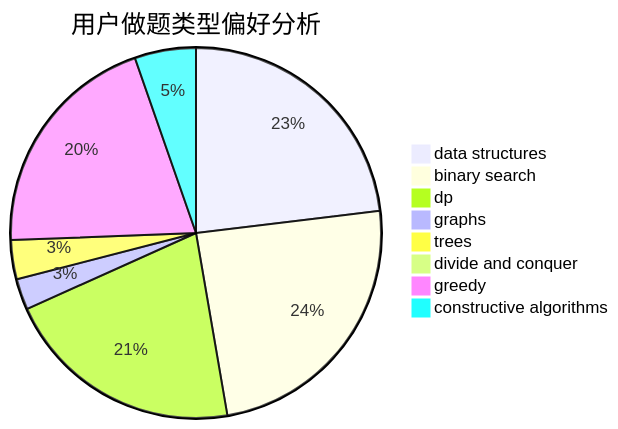
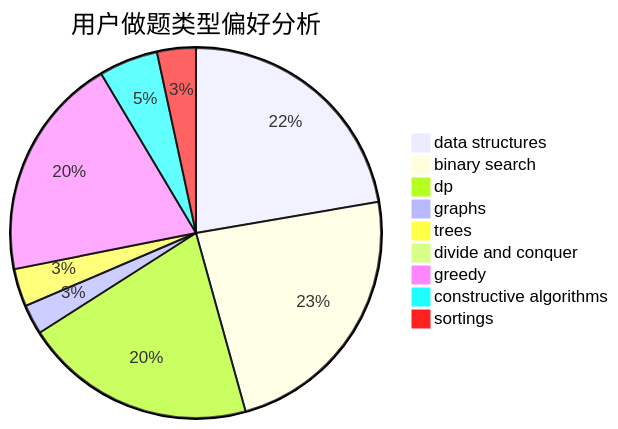
One commit to sherpahu/cfrs.github.io changed the second of 3 diagrams in docs/user/u408.md. Above: the diagram before and after it, drawn with Mermaid. The commit also changed other lines of this file and 2769 other files, not shown here.

````diff
--- a/docs/user/u408.md
+++ b/docs/user/u408.md
@@ -23,11 +18,12 @@
 ```mermaid
 pie title 用户做题类型偏好分析
     "data structures" :  540
     "binary search" :  566
     "dp" :  491
     "graphs" :  63
     "trees" :  80
     "divide and conquer" :  0
     "greedy" :  474
     "constructive algorithms" :  125
+    "sortings" :  82
 ```
````
